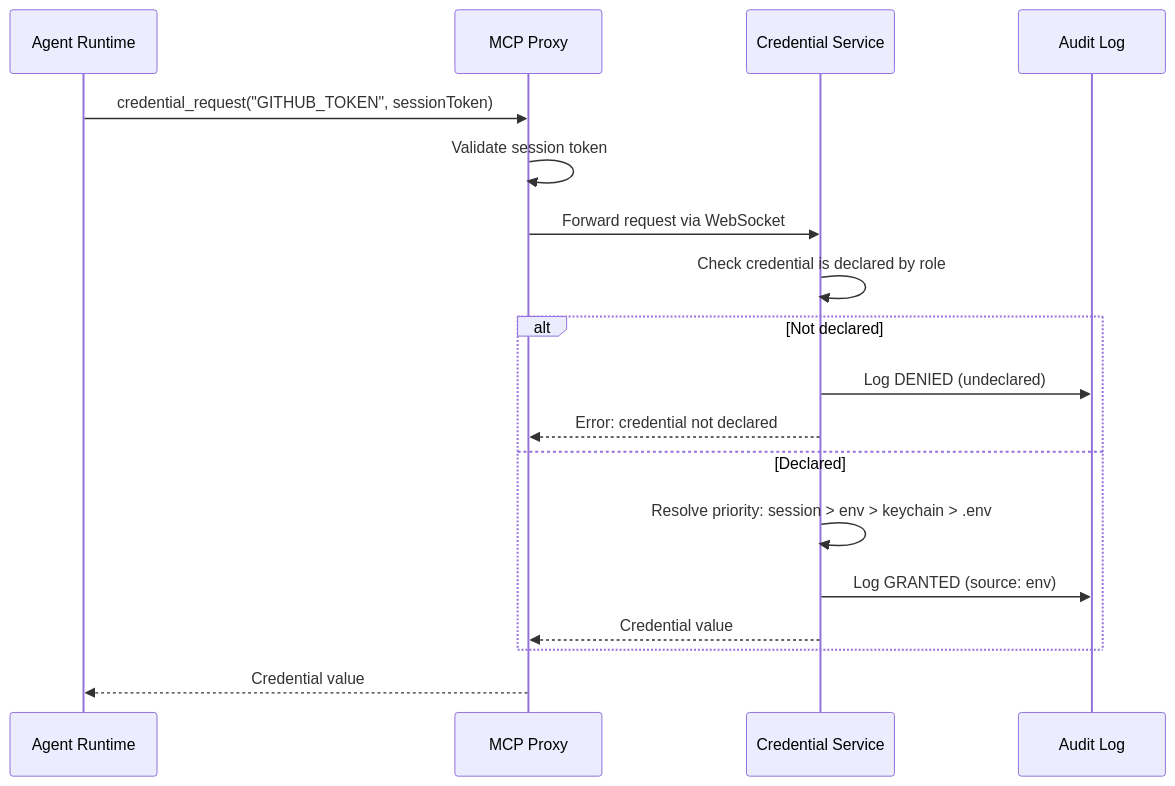
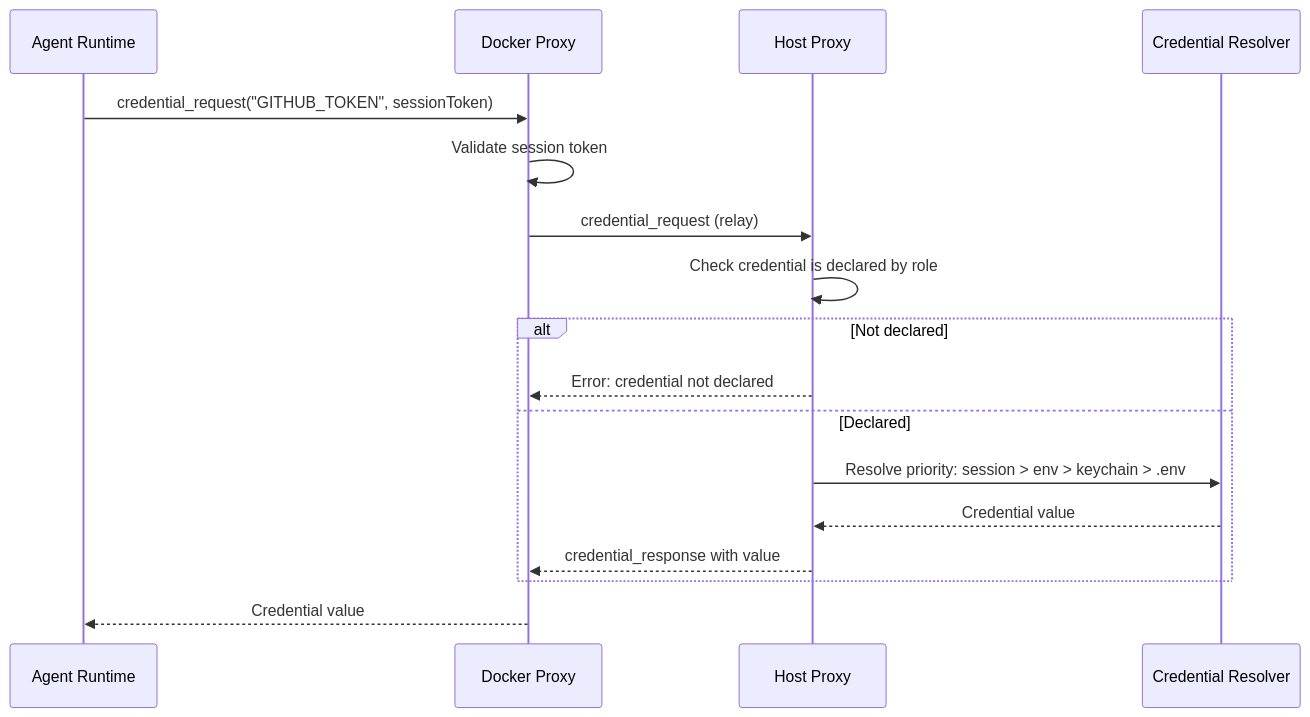
Before and after one commit to clawmasons/mason: the fifth of 7 diagrams in docs/architecture.md, drawn with Mermaid. The commit also changed other lines of this file and 179 other files, not shown here.

First line of the commit message:
Support mcp servers on host (#184)

````diff
--- a/docs/architecture.md
+++ b/docs/architecture.md
@@ -96,24 +124,23 @@
 ```mermaid
 sequenceDiagram
     participant Agent as Agent Runtime
-    participant Proxy as MCP Proxy
-    participant CS as Credential Service
-    participant Audit as Audit Log
+    participant Proxy as Docker Proxy
+    participant HP as Host Proxy
+    participant Resolver as Credential Resolver
 
     Agent->>Proxy: credential_request("GITHUB_TOKEN", sessionToken)
     Proxy->>Proxy: Validate session token
-    Proxy->>CS: Forward request via WebSocket
+    Proxy->>HP: credential_request (relay)
 
-    CS->>CS: Check credential is declared by role
+    HP->>HP: Check credential is declared by role
 
     alt Not declared
-        CS->>Audit: Log DENIED (undeclared)
-        CS-->>Proxy: Error: credential not declared
+        HP-->>Proxy: Error: credential not declared
     else Declared
-        CS->>CS: Resolve priority: session > env > keychain > .env
-        CS->>Audit: Log GRANTED (source: env)
-        CS-->>Proxy: Credential value
+        HP->>Resolver: Resolve priority: session > env > keychain > .env
+        Resolver-->>HP: Credential value
+        HP-->>Proxy: credential_response with value
     end
 
     Proxy-->>Agent: Credential value
 ```
````
